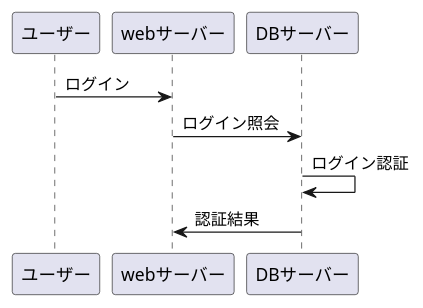
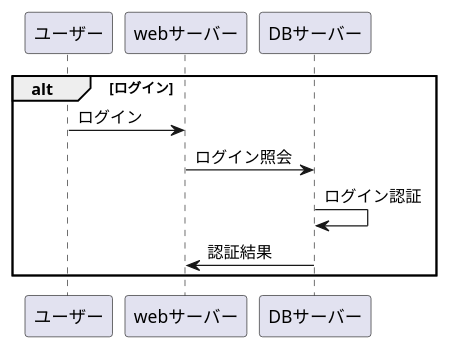
Before and after one commit to Aso2001025/2021-sys-design: the diagram in sample.md, drawn with PlantUML.

````diff
--- a/sample.md
+++ b/sample.md
@@ -1,11 +1,12 @@
 ```uml
   @startuml
-    
+    alt ログイン
       ユーザー -> webサーバー: ログイン
       webサーバー -> DBサーバー: ログイン照会
       DBサーバー -> DBサーバー: ログイン認証
       DBサーバー -> webサーバー: 認証結果
+     end
       
     
   @enduml
 ```
````
